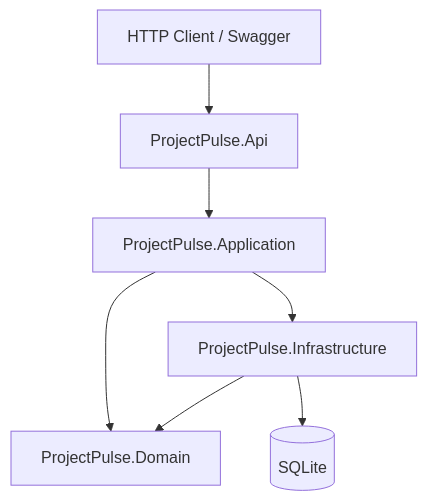
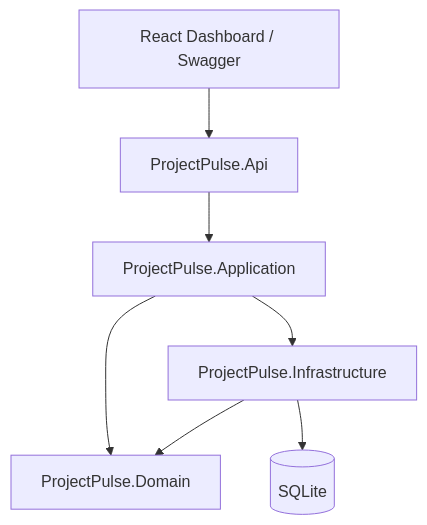
The diagram in README.md (jburke860/projectpulse-api), drawn with Mermaid before and after one commit. The commit also changed other lines of this file and 6 other files, not shown here.

````diff
--- a/README.md
+++ b/README.md
@@ -30,16 +32,16 @@
 ```mermaid
 flowchart TB
-  Client[HTTP Client / Swagger]
+  Client[React Dashboard / Swagger]
   Api[ProjectPulse.Api]
   App[ProjectPulse.Application]
   Domain[ProjectPulse.Domain]
   Infra[ProjectPulse.Infrastructure]
   Db[(SQLite)]
 
   Client --> Api
   Api --> App
   App --> Domain
   App --> Infra
   Infra --> Domain
   Infra --> Db
 ```
````
